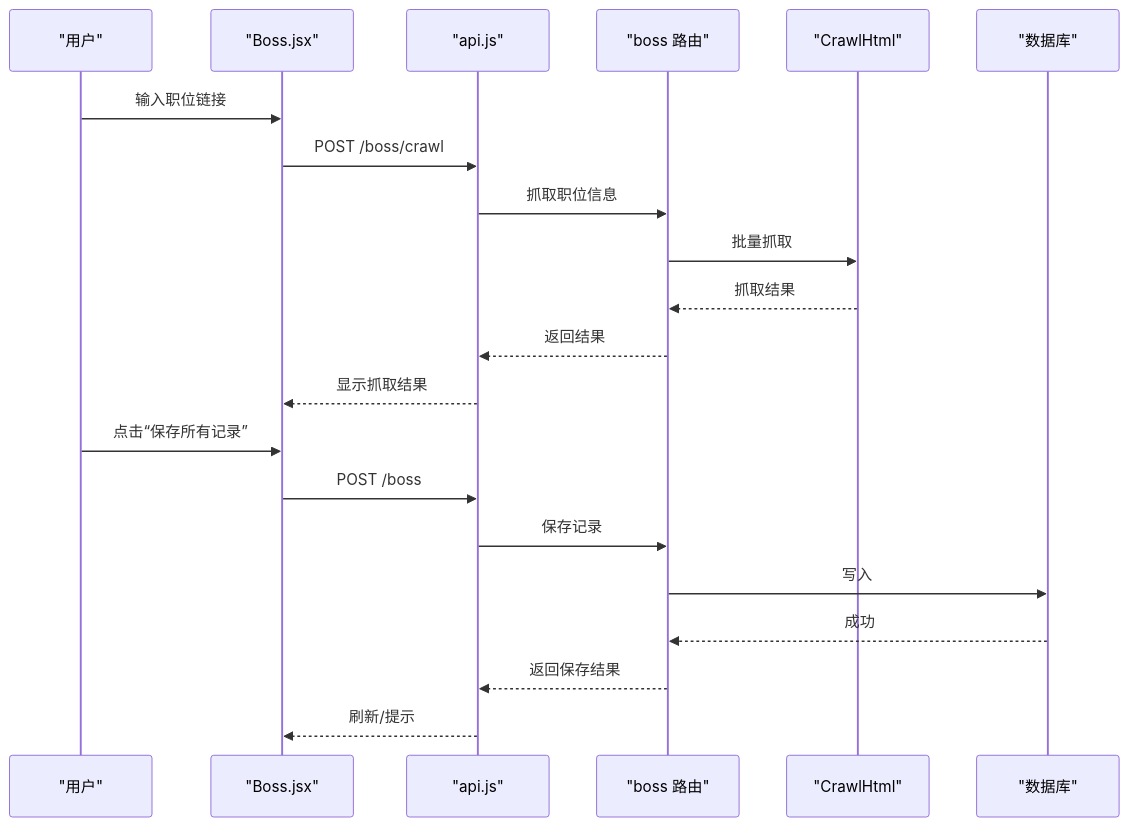
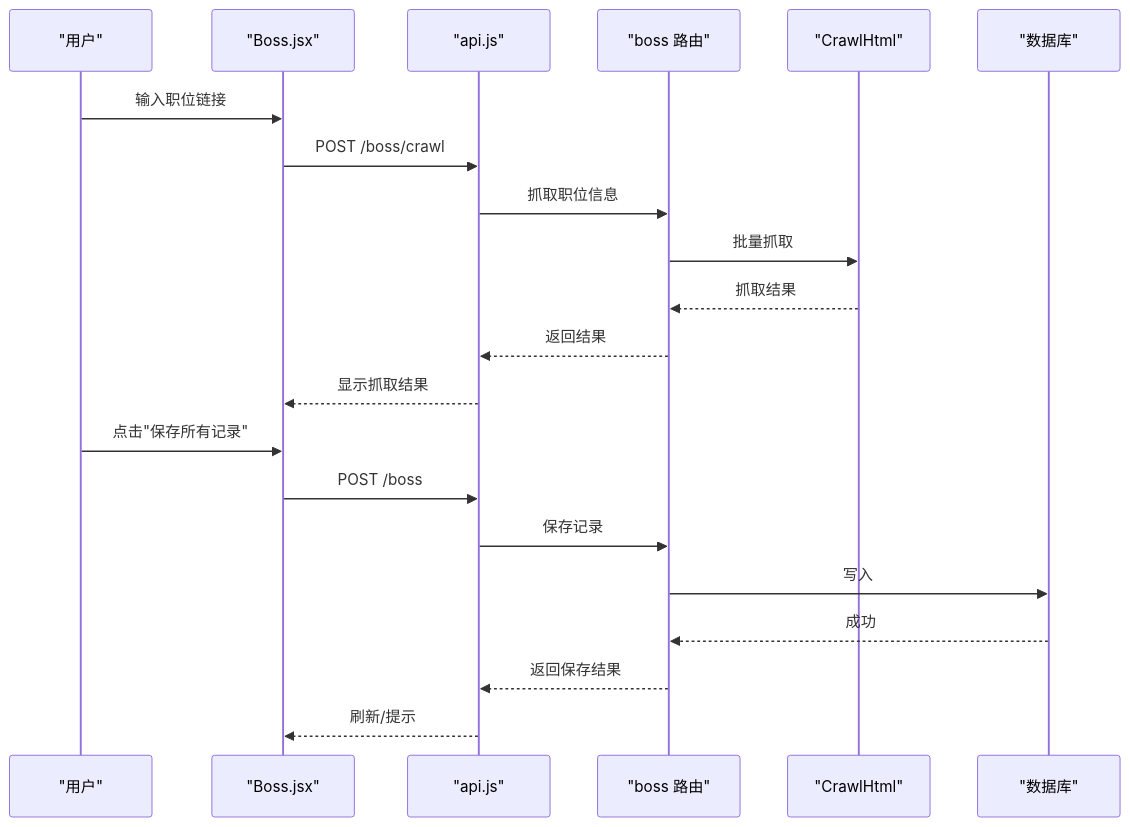
Before and after one commit to henghengZhu-0719/myblog: the fifth of 7 diagrams in .qoder/repowiki/zh/content/前端架构/核心组件/功能特性组件.md, drawn with Mermaid. The commit also changed other lines of this file and 3 other files, not shown here.

````diff
--- a/.qoder/repowiki/zh/content/前端架构/核心组件/功能特性组件.md
+++ b/.qoder/repowiki/zh/content/前端架构/核心组件/功能特性组件.md
@@ -247,23 +260,23 @@
 ```mermaid
 sequenceDiagram
 participant U as "用户"
 participant C as "Boss.jsx"
 participant A as "api.js"
 participant RB as "boss 路由"
 participant CH as "CrawlHtml"
 participant DB as "数据库"
 U->>C : 输入职位链接
 C->>A : POST /boss/crawl
 A->>RB : 抓取职位信息
 RB->>CH : 批量抓取
 CH-->>RB : 抓取结果
 RB-->>A : 返回结果
 A-->>C : 显示抓取结果
-U->>C : 点击“保存所有记录”
+U->>C : 点击"保存所有记录"
 C->>A : POST /boss
 A->>RB : 保存记录
 RB->>DB : 写入
 DB-->>RB : 成功
 RB-->>A : 返回保存结果
 A-->>C : 刷新/提示
 ```
````
